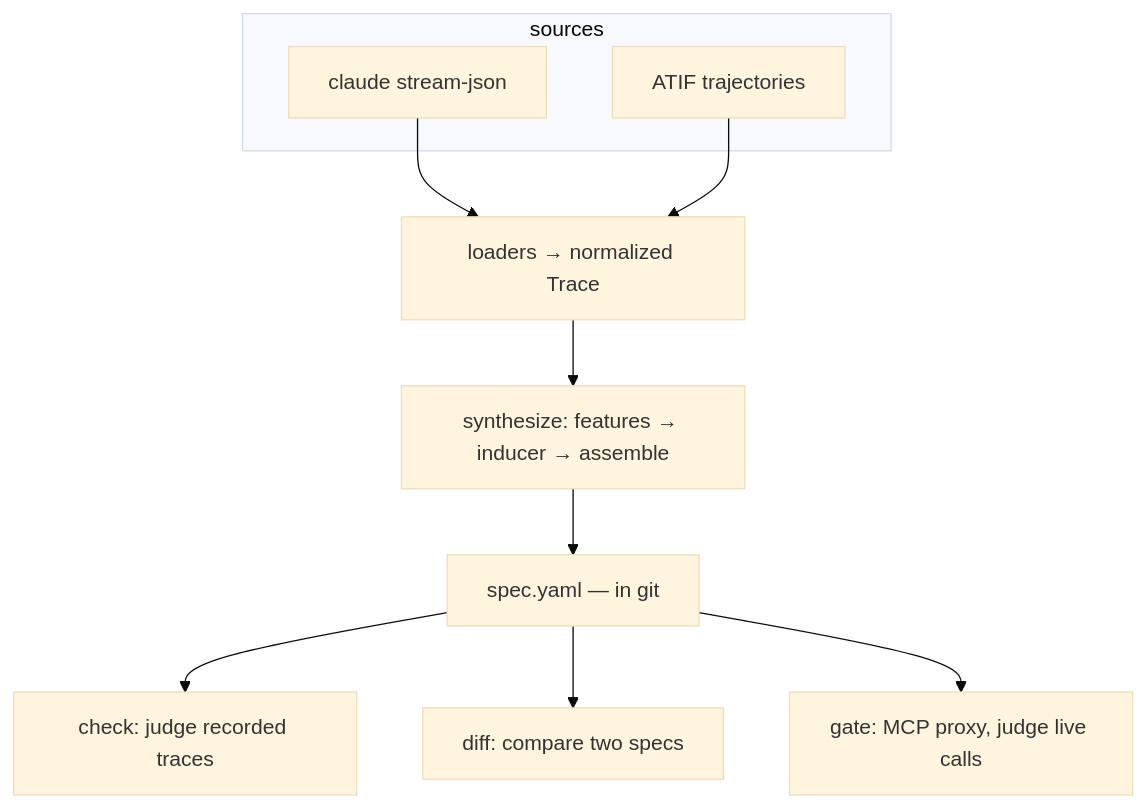
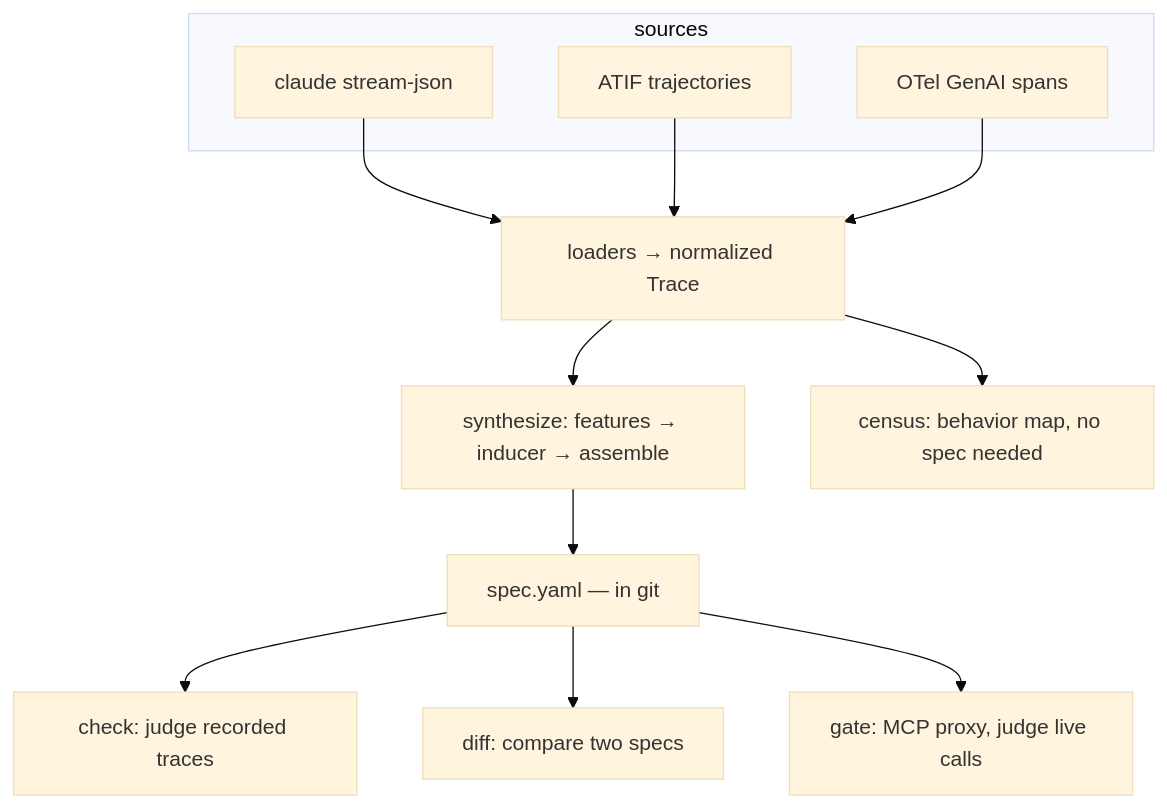
Before and after one commit to wayfarer-ai/tracegraph: the first of 3 diagrams in docs/ARCHITECTURE.md, drawn with Mermaid (base theme). The commit also changed other lines of this file and 1 other file, not shown here.

Commit message:
Docs catch up with the dogfood work: census module, episodes + OTel in the map, two-shapes-of-trace-data section, induction.episodes semantics

````diff
--- a/docs/ARCHITECTURE.md
+++ b/docs/ARCHITECTURE.md
@@ -7,14 +7,17 @@
 ```mermaid
 flowchart TB
   subgraph sources
     SJ[claude stream-json]
     AT[ATIF trajectories]
+    OT[OTel GenAI spans]
   end
   SJ --> L[loaders → normalized Trace]
   AT --> L
+  OT --> L
   L --> SY[synthesize: features → inducer → assemble]
+  L --> CEN[census: behavior map, no spec needed]
   SY --> SPEC[spec.yaml — in git]
   SPEC --> CHK[check: judge recorded traces]
   SPEC --> DIF[diff: compare two specs]
   SPEC --> GT[gate: MCP proxy, judge live calls]
 ```
````
